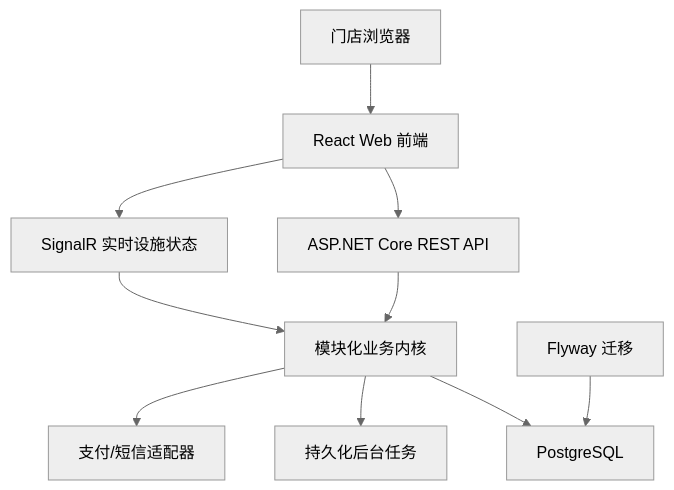
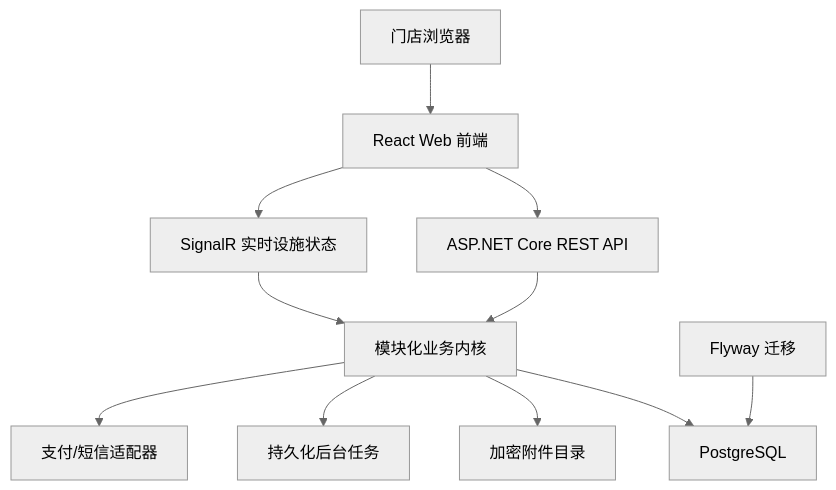
One commit to JesstLe/erp changed the diagram in docs/technical-architecture-and-stack.md. Above: the diagram before and after it, drawn with Mermaid (neutral theme). The commit also changed other lines of this file and 39 other files, not shown here.

````diff
--- a/docs/technical-architecture-and-stack.md
+++ b/docs/technical-architecture-and-stack.md
@@ -19,12 +19,13 @@
 ```mermaid
 flowchart TB
     B["门店浏览器"] --> W["React Web 前端"]
     W --> A["ASP.NET Core REST API"]
     W --> R["SignalR 实时设施状态"]
     A --> M["模块化业务内核"]
     R --> M
     M --> D["PostgreSQL"]
+    M --> S["加密附件目录"]
     M --> J["持久化后台任务"]
     M --> P["支付/短信适配器"]
     F["Flyway 迁移"] --> D
 ```
````
